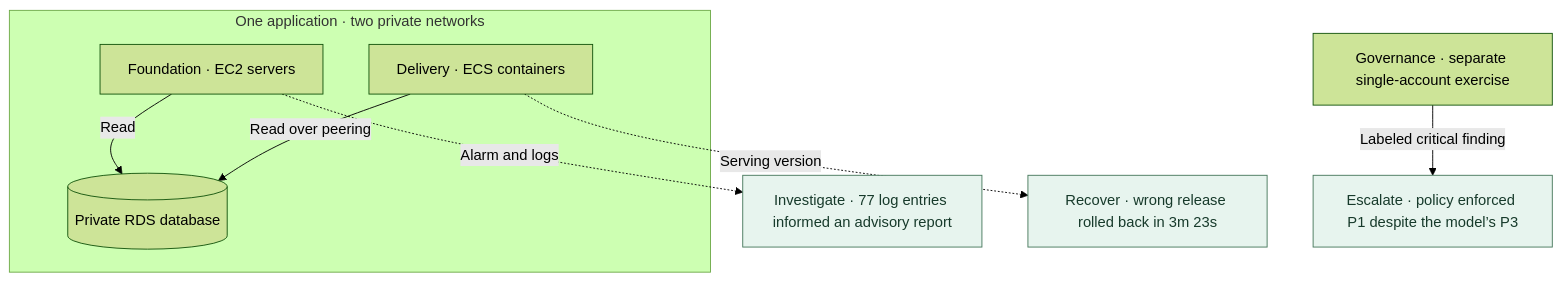
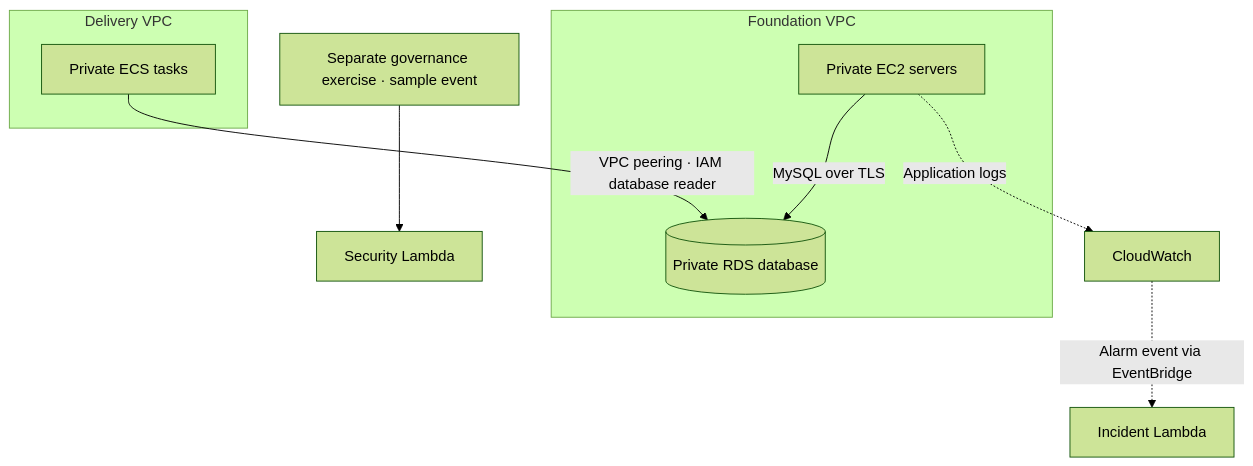
The diagram in README.md (JNHolman/RSVP-Cloud-Platform), drawn with Mermaid (forest theme) before and after one commit. The commit also changed other lines of this file and 1 other file, not shown here.

Commit message:
Animate the recorded decision steps and distinguish report time from alarm time

````diff
--- a/README.md
+++ b/README.md
@@ -17,12 +17,13 @@
 ```mermaid
 flowchart TB
-  subgraph runtime["One application · two private networks"]
-    vm["Foundation · EC2 servers"] -->|Read| db[("Private RDS database")]
-    tasks["Delivery · ECS containers"] -->|Read over peering| db
+  subgraph foundation["Foundation VPC"]
+    vm["Private EC2 servers"] -->|MySQL over TLS| db[("Private RDS database")]
   end
-  vm -. Alarm and logs .-> investigate["Investigate · 77 log entries informed an advisory report"]
-  tasks -. Serving version .-> recover["Recover · wrong release rolled back in 3m 23s"]
-  sample["Governance · separate single-account exercise"] -->|Labeled critical finding| decide["Escalate · policy enforced P1 despite the model’s P3"]
-  classDef outcome fill:#e7f4ee,color:#173a2b,stroke:#47785c
-  class investigate,recover,decide outcome
+  subgraph delivery["Delivery VPC"]
+    tasks["Private ECS tasks"]
+  end
+  tasks -->|VPC peering · IAM database reader| db
+  vm -. Application logs .-> logs["CloudWatch"]
+  logs -. Alarm event via EventBridge .-> analyst["Incident Lambda"]
+  sec["Separate governance exercise · sample event"] --> triage["Security Lambda"]
 ```
````
